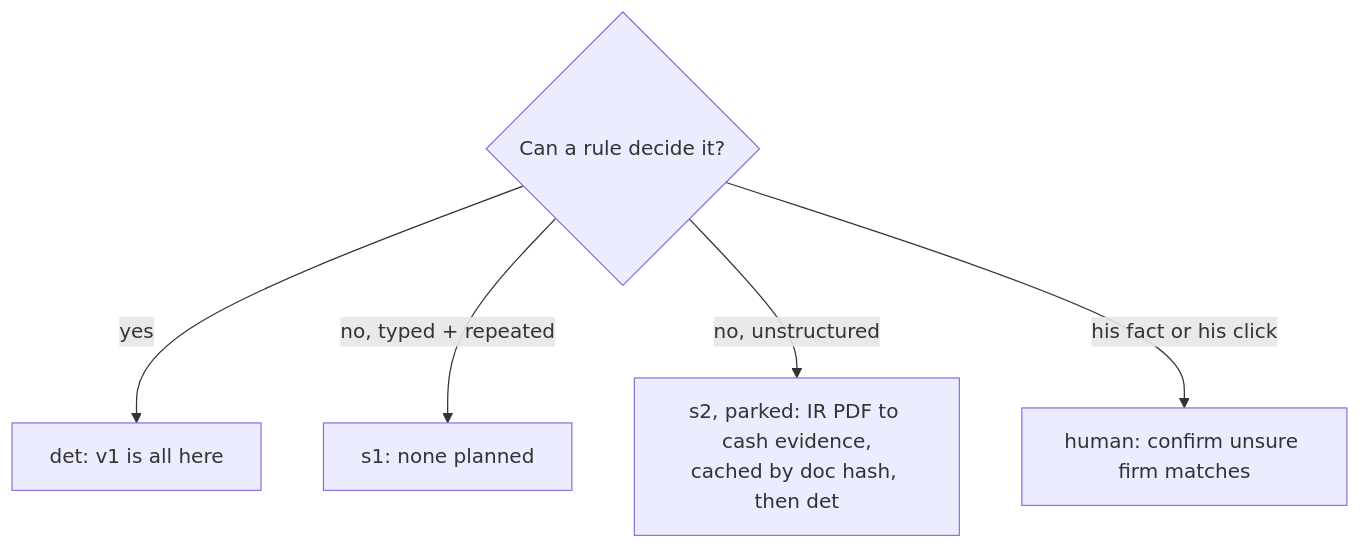
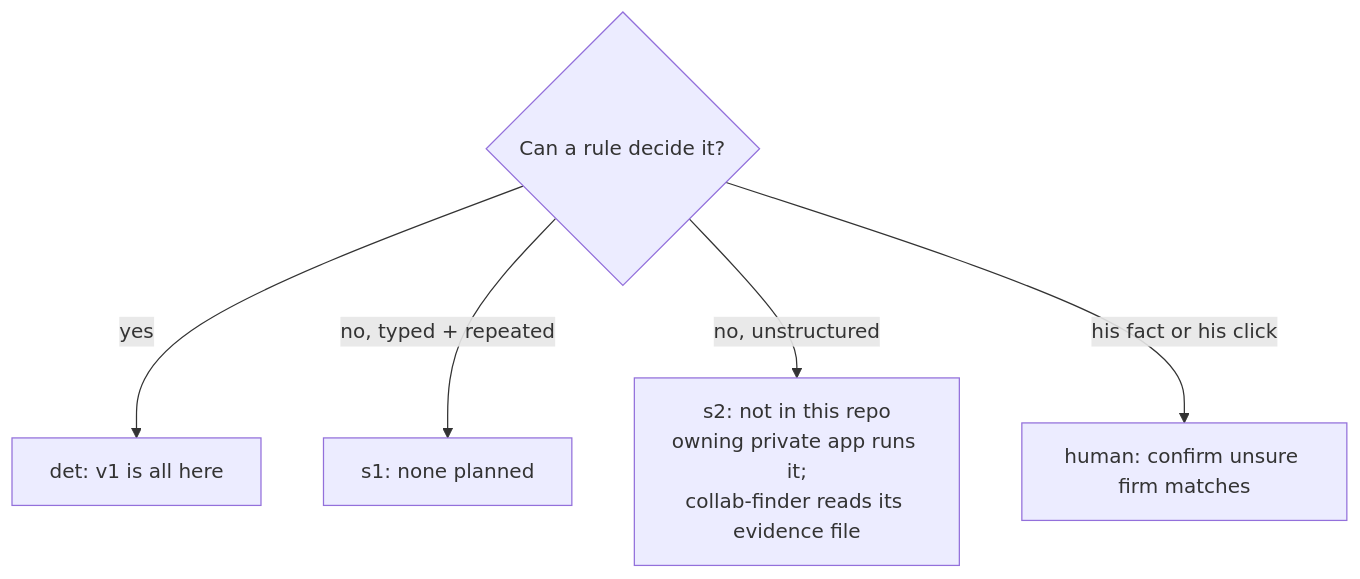
The second of 4 diagrams in docs/STEERING.md (p10ns11y/collab-finder), drawn with Mermaid before and after one commit. The commit also changed other lines of this file, not shown here.

Commit message:
docs(steering): keep collab-finder SI-free; SI keepers move to the private app first.

````diff
--- a/docs/STEERING.md
+++ b/docs/STEERING.md
@@ -37,7 +37,7 @@
 ```mermaid
 flowchart TD
   Q{Can a rule decide it?} -->|yes| DET[det: v1 is all here]
   Q -->|no, typed + repeated| S1[s1: none planned]
-  Q -->|no, unstructured| S2["s2, parked: IR PDF to cash evidence,<br/>cached by doc hash, then det"]
+  Q -->|no, unstructured| S2["s2: not in this repo<br/>owning private app runs it;<br/>collab-finder reads its evidence file"]
   Q -->|his fact or his click| H[human: confirm unsure firm matches]
 ```
````
